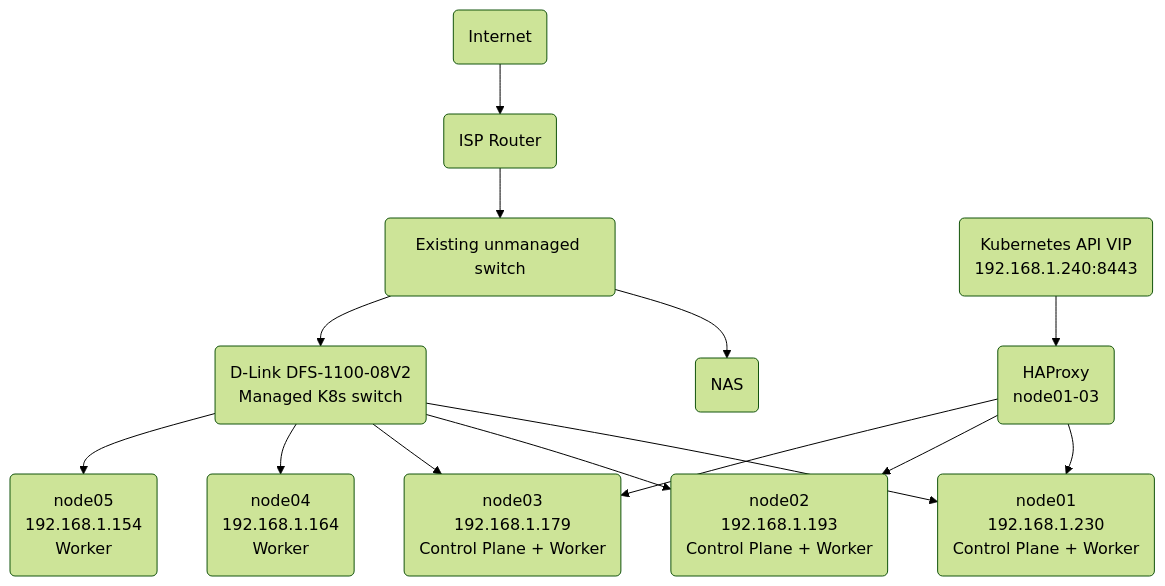
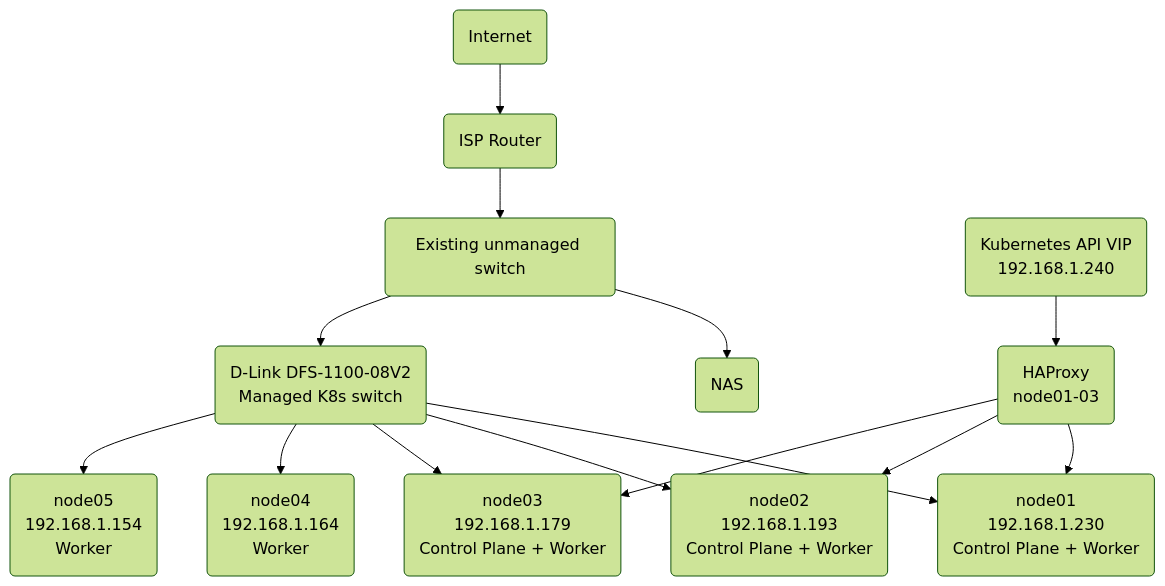
The second of 2 diagrams in docs/architecture.md (Andrew-Farquhar/bare-metal-kubernetes-lab), drawn with Mermaid (forest theme) before and after one commit.

Commit message:
Update VIP address in architecture documentation

````diff
--- a/docs/architecture.md
+++ b/docs/architecture.md
@@ -58,33 +58,33 @@
 ```mermaid
 graph TD
     Internet(Internet)
     ISPRouter(ISP Router)
     Switch1("Existing unmanaged switch")
     K8sSwitch("D-Link DFS-1100-08V2<br>Managed K8s switch")
 
     Internet --> ISPRouter
     ISPRouter --> Switch1
 
     NAS(NAS)
     Switch1 --> NAS
     Switch1 --> K8sSwitch
 
     Node1("node01<br>192.168.1.230<br>Control Plane + Worker")
     Node2("node02<br>192.168.1.193<br>Control Plane + Worker")
     Node3("node03<br>192.168.1.179<br>Control Plane + Worker")
     Node4("node04<br>192.168.1.164<br>Worker")
     Node5("node05<br>192.168.1.154<br>Worker")
 
     K8sSwitch --> Node1
     K8sSwitch --> Node2
     K8sSwitch --> Node3
     K8sSwitch --> Node4
     K8sSwitch --> Node5
 
-    VIP("Kubernetes API VIP<br>192.168.1.240:8443")
+    VIP("Kubernetes API VIP<br>192.168.1.240")
     HAProxy("HAProxy<br>node01-03")
     VIP --> HAProxy
     HAProxy --> Node1
     HAProxy --> Node2
     HAProxy --> Node3
 ```
````
